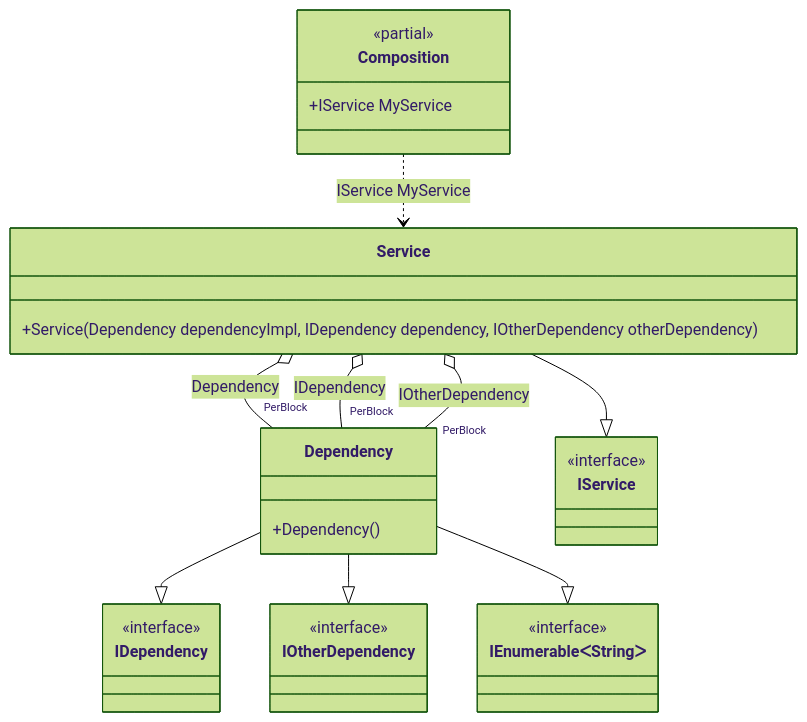
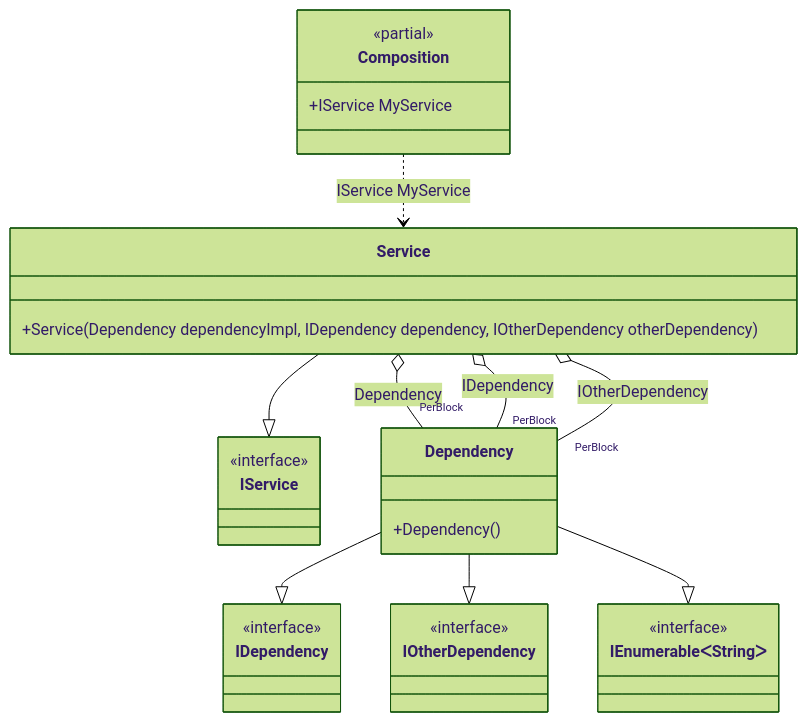
The diagram in readme/simplified-binding.md (DevTeam/Pure.DI), drawn with Mermaid (forest theme) before and after one commit. The commit also changed other lines of this file and 92 other files, not shown here.

````diff
--- a/readme/simplified-binding.md
+++ b/readme/simplified-binding.md
@@ -128,33 +128,33 @@
 ```mermaid
 classDiagram
 	class Composition {
 		<<partial>>
 		+IService MyService
+	}
+	Service --|> IService
+	class Service {
+		+Service(Dependency dependencyImpl, IDependency dependency, IOtherDependency otherDependency)
 	}
 	Dependency --|> IDependency
 	Dependency --|> IOtherDependency
 	Dependency --|> IEnumerableᐸStringᐳ
 	class Dependency {
 		+Dependency()
 	}
-	Service --|> IService
-	class Service {
-		+Service(Dependency dependencyImpl, IDependency dependency, IOtherDependency otherDependency)
+	class IService {
+		<<interface>>
 	}
 	class IDependency {
 		<<interface>>
 	}
 	class IOtherDependency {
 		<<interface>>
 	}
 	class IEnumerableᐸStringᐳ {
 		<<interface>>
 	}
-	class IService {
-		<<interface>>
-	}
 	Composition ..> Service : IService MyService
 	Service o-- "PerBlock" Dependency : Dependency
 	Service o-- "PerBlock" Dependency : IDependency
 	Service o-- "PerBlock" Dependency : IOtherDependency
 ```
````
